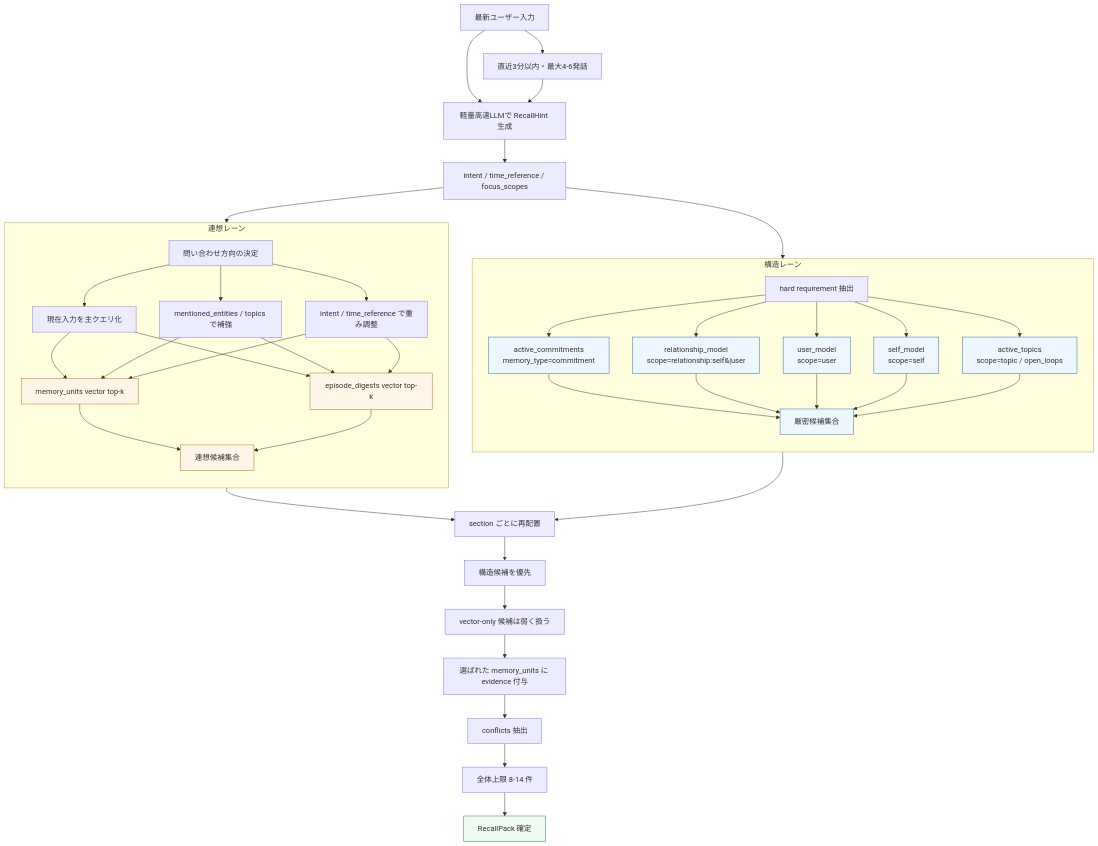
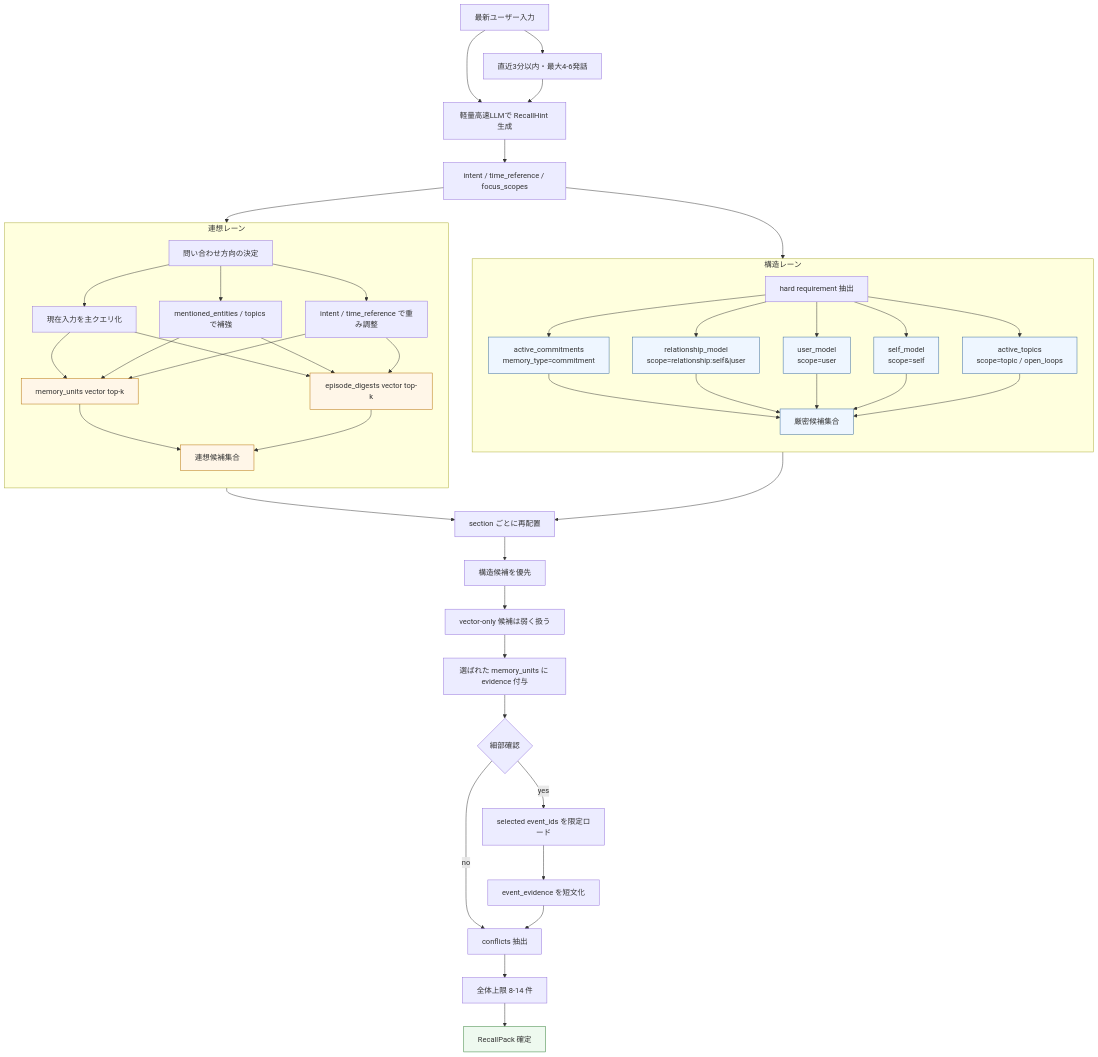
One commit to hirona98/OtomeKairo changed the second of 9 diagrams in docs/13_記憶利用フロー図.md. Above: the diagram before and after it, drawn with Mermaid. The commit also changed other lines of this file and 5 other files, not shown here.

````diff
--- a/docs/13_記憶利用フロー図.md
+++ b/docs/13_記憶利用フロー図.md
@@ -105,69 +110,73 @@
 ```mermaid
 flowchart TD
     A[最新ユーザー入力] --> B[直近3分以内・最大4-6発話]
     A --> C[軽量高速LLMで RecallHint 生成]
     B --> C
     C --> D[intent / time_reference / focus_scopes]
 
     D --> E1
     D --> E2
 
     subgraph SL[構造レーン]
         direction TB
         E1[hard requirement 抽出]
         F1[active_commitments<br/>memory_type=commitment]
         F2[relationship_model<br/>scope=relationship:self&#124;user]
         F3[user_model<br/>scope=user]
         F4[self_model<br/>scope=self]
         F5[active_topics<br/>scope=topic / open_loops]
         G1[厳密候補集合]
         E1 --> F1
         E1 --> F2
         E1 --> F3
         E1 --> F4
         E1 --> F5
         F1 --> G1
         F2 --> G1
         F3 --> G1
         F4 --> G1
         F5 --> G1
     end
 
     subgraph VL[連想レーン]
         direction TB
         E2[問い合わせ方向の決定]
         H1[現在入力を主クエリ化]
         H2[mentioned_entities / topics で補強]
         H3[intent / time_reference で重み調整]
         H4[memory_units vector top-k]
         H5[episode_digests vector top-k]
         H6[連想候補集合]
         E2 --> H1
         E2 --> H2
         E2 --> H3
         H1 --> H4
         H1 --> H5
         H2 --> H4
         H2 --> H5
         H3 --> H4
         H3 --> H5
         H4 --> H6
         H5 --> H6
     end
 
     G1 --> I[section ごとに再配置]
     H6 --> I
     I --> J[構造候補を優先]
     J --> K[vector-only 候補は弱く扱う]
     K --> L[選ばれた memory_units に evidence 付与]
-    L --> M[conflicts 抽出]
+    L --> X{細部確認}
+    X -- no --> M[conflicts 抽出]
+    X -- yes --> Y[selected event_ids を限定ロード]
+    Y --> Z[event_evidence を短文化]
+    Z --> M
     M --> N[全体上限 8-14 件]
     N --> O[RecallPack 確定]
 
     classDef strong fill:#eef6ff,stroke:#336699,stroke-width:1px;
     classDef assoc fill:#fff6e8,stroke:#b36b00,stroke-width:1px;
     classDef out fill:#eef9ef,stroke:#2f7d32,stroke-width:1px;
     class F1,F2,F3,F4,F5,G1 strong;
     class H4,H5,H6 assoc;
     class O out;
 ```
````
